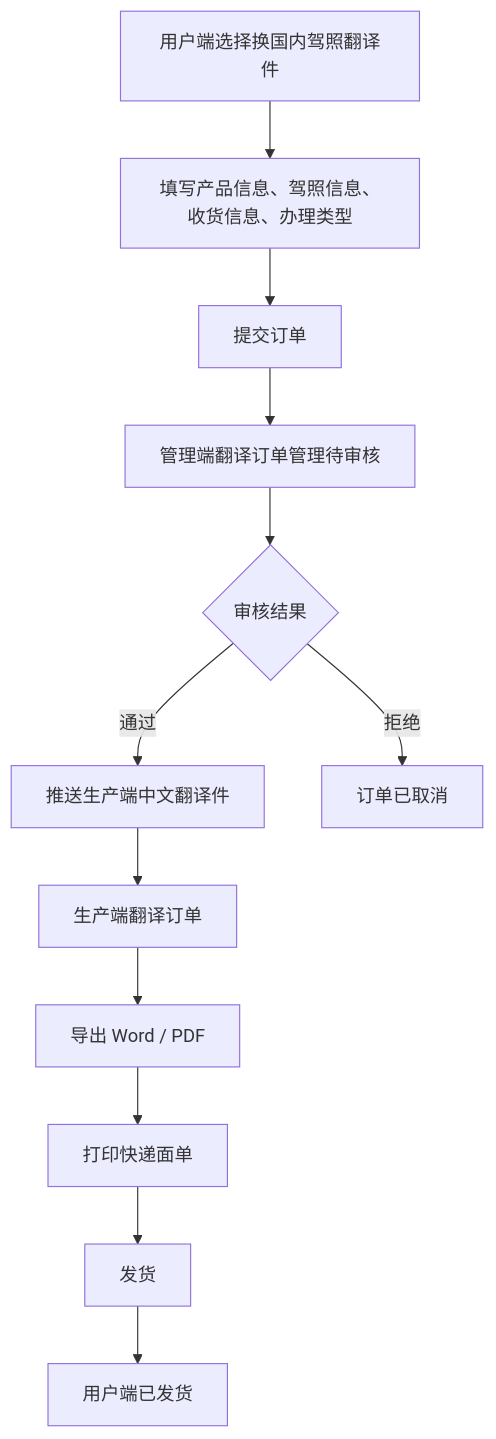
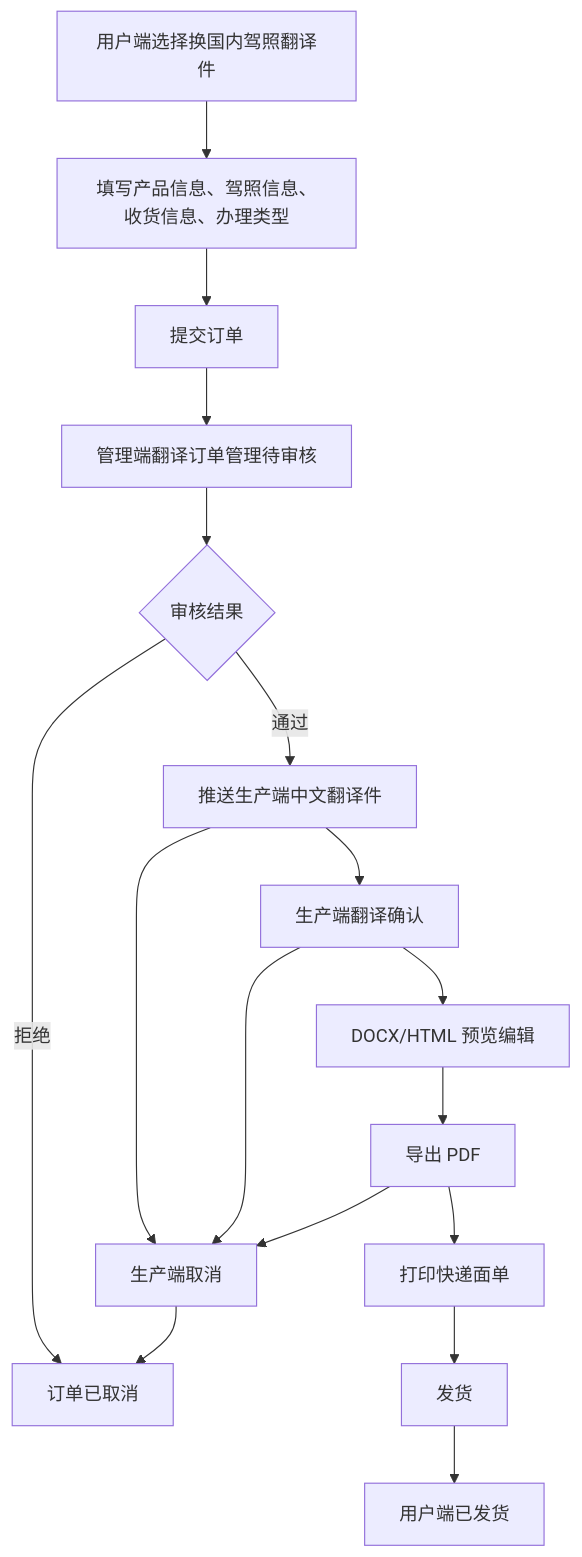
The first of 3 diagrams in specs/Requirements Management/换国内驾照翻译件_PRD.md (y15138550722-ops/mei-ka), drawn with Mermaid before and after one commit. The commit also changed other lines of this file and 139 other files, not shown here.

````diff
--- a/specs/Requirements Management/换国内驾照翻译件_PRD.md
+++ b/specs/Requirements Management/换国内驾照翻译件_PRD.md
@@ -86,14 +85,19 @@
 ```mermaid
 flowchart TD
     A["用户端选择换国内驾照翻译件"] --> B["填写产品信息、驾照信息、收货信息、办理类型"]
     B --> C["提交订单"]
     C --> D["管理端翻译订单管理待审核"]
     D --> E{"审核结果"}
     E -->|"通过"| F["推送生产端中文翻译件"]
     E -->|"拒绝"| G["订单已取消"]
-    F --> H["生产端翻译订单"]
-    H --> I["导出 Word / PDF"]
-    I --> J["打印快递面单"]
-    J --> K["发货"]
-    K --> L["用户端已发货"]
+    F --> H["生产端翻译确认"]
+    H --> I["DOCX/HTML 预览编辑"]
+    I --> J["导出 PDF"]
+    J --> K["打印快递面单"]
+    K --> L["发货"]
+    L --> M["用户端已发货"]
+    F --> N["生产端取消"]
+    H --> N
+    J --> N
+    N --> G
 ```
````
